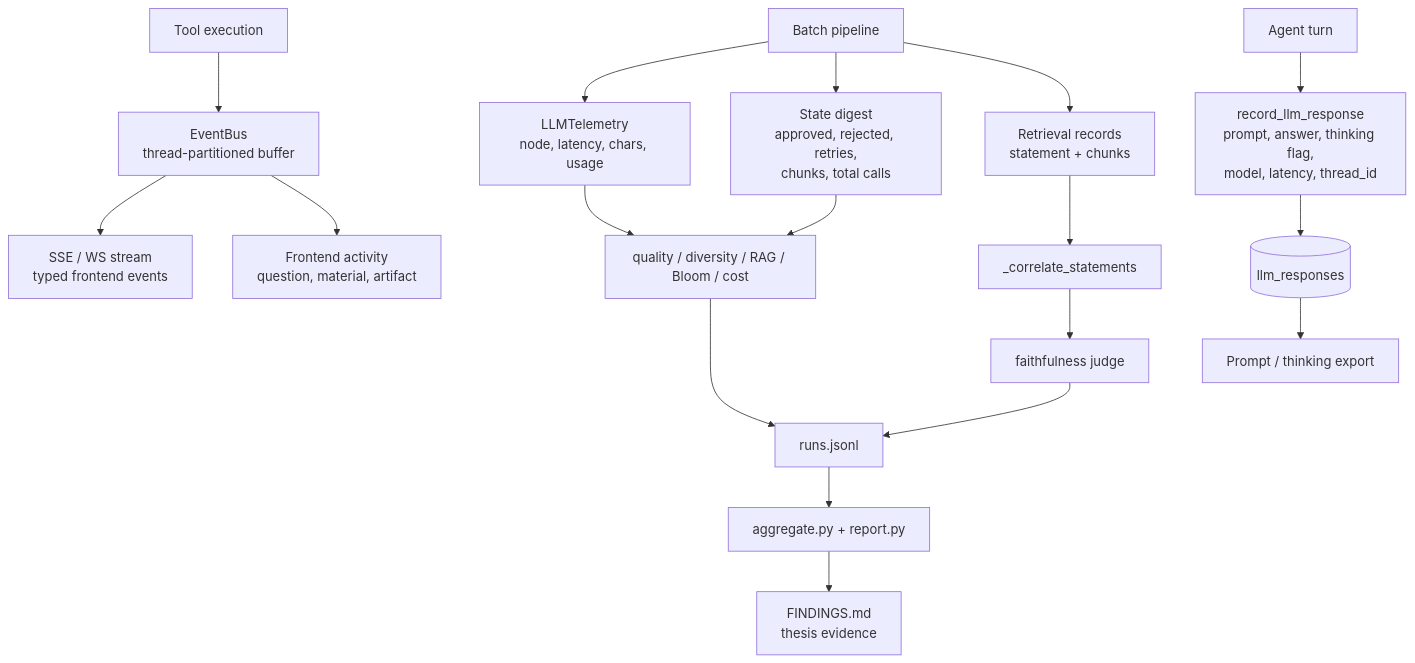
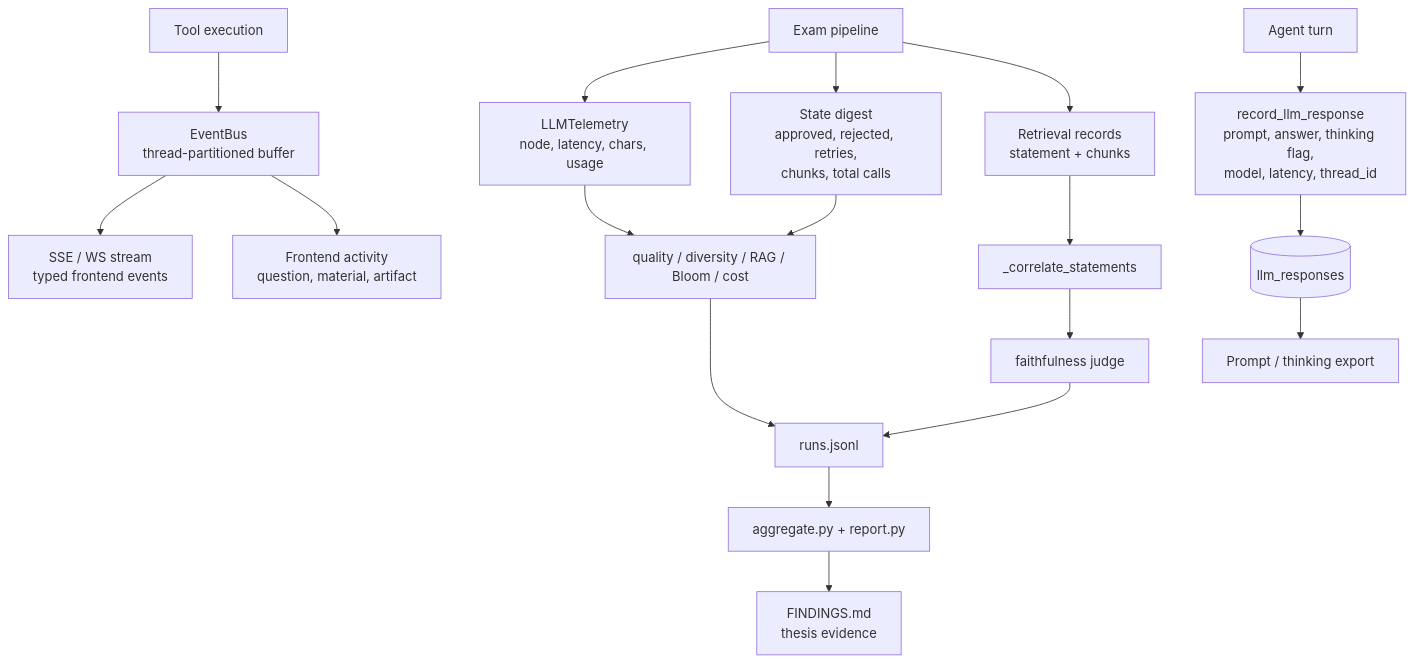
Before and after one commit to danilo-pilacuan/examgen-project: diagram 15 of 26 in docs/graphs.md, drawn with Mermaid. The commit also changed other lines of this file and 5 other files, not shown here.

First line of the commit message:
docs(graphs): restrict graphs to user mode and add thesis view

````diff
--- a/docs/graphs.md
+++ b/docs/graphs.md
@@ -519,21 +521,21 @@
 ```mermaid
 flowchart TB
     turn["Agent turn"] --> llm_audit["record_llm_response<br/>prompt, answer, thinking flag,<br/>model, latency, thread_id"]
     tool["Tool execution"] --> event_bus["EventBus<br/>thread-partitioned buffer"]
     event_bus --> ui_stream["SSE / WS stream<br/>typed frontend events"]
-    pipeline["Batch pipeline"] --> telemetry["LLMTelemetry<br/>node, latency, chars, usage"]
+    pipeline["Exam pipeline"] --> telemetry["LLMTelemetry<br/>node, latency, chars, usage"]
     pipeline --> state["State digest<br/>approved, rejected, retries,<br/>chunks, total calls"]
     pipeline --> retrieval["Retrieval records<br/>statement + chunks"]
 
     llm_audit --> audit_db[("llm_responses")]
     event_bus --> event_log["Frontend activity<br/>question, material, artifact"]
     telemetry --> metrics["quality / diversity / RAG / Bloom / cost"]
     state --> metrics
     retrieval --> correlation["_correlate_statements"]
     correlation --> judge["faithfulness judge"]
     metrics --> record["runs.jsonl"]
     judge --> record
     audit_db --> export["Prompt / thinking export"]
     record --> reports["aggregate.py + report.py"]
     reports --> findings["FINDINGS.md<br/>thesis evidence"]
 ```
````
